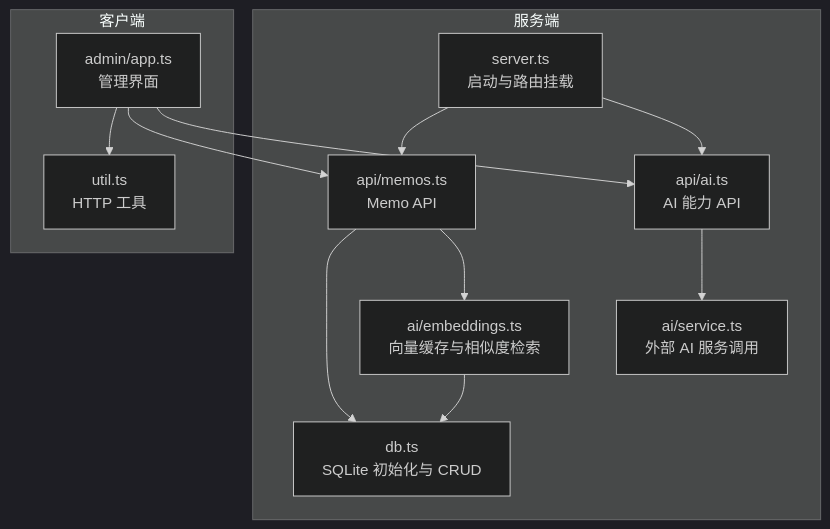
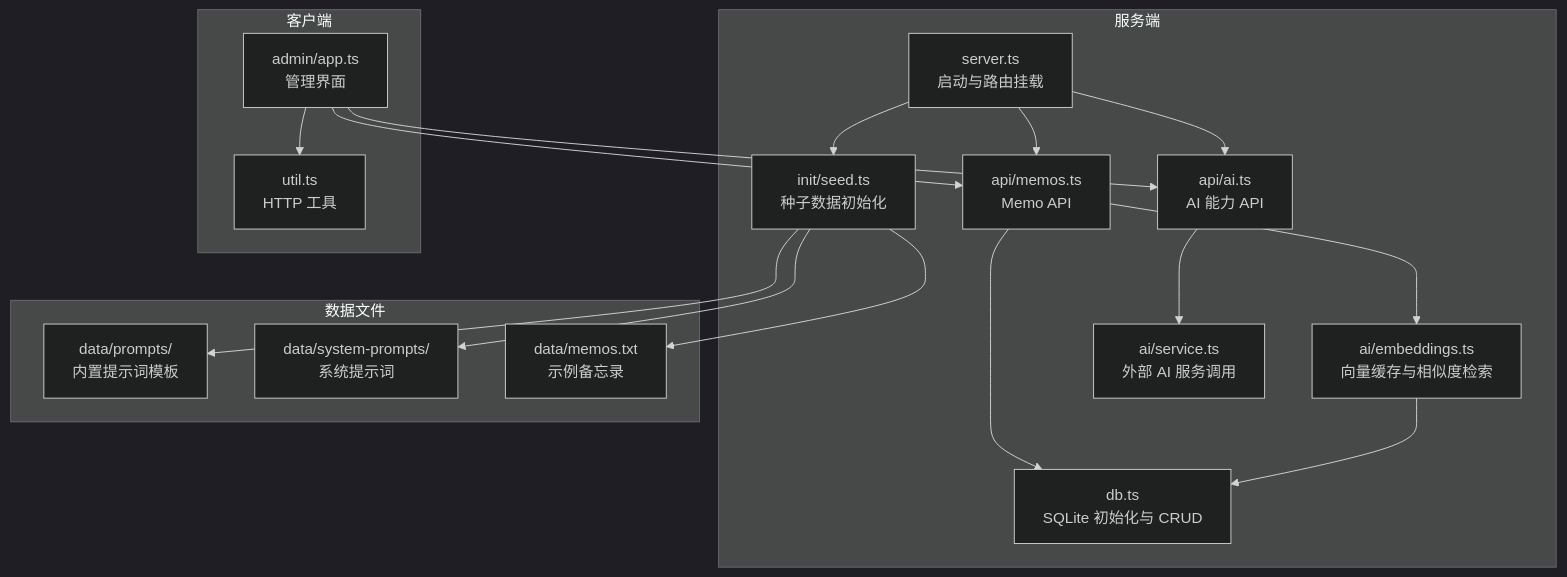
One commit to BlackBoxRecorder/memos changed the first of 6 diagrams in .qoder/repowiki/zh/content/架构设计/数据库设计.md. Above: the diagram before and after it, drawn with Mermaid (dark theme). The commit also changed other lines of this file and 7 other files, not shown here.

````diff
--- a/.qoder/repowiki/zh/content/架构设计/数据库设计.md
+++ b/.qoder/repowiki/zh/content/架构设计/数据库设计.md
@@ -40,24 +46,34 @@
 ```mermaid
 graph TB
 subgraph "服务端"
 S["server.ts<br/>启动与路由挂载"]
 A1["api/memos.ts<br/>Memo API"]
 A2["api/ai.ts<br/>AI 能力 API"]
 D["db.ts<br/>SQLite 初始化与 CRUD"]
 E["ai/embeddings.ts<br/>向量缓存与相似度检索"]
 SVC["ai/service.ts<br/>外部 AI 服务调用"]
+SEED["init/seed.ts<br/>种子数据初始化"]
 end
 subgraph "客户端"
 UI["admin/app.ts<br/>管理界面"]
 U["util.ts<br/>HTTP 工具"]
 end
+subgraph "数据文件"
+PROMPTS["data/prompts/<br/>内置提示词模板"]
+SYSTEM["data/system-prompts/<br/>系统提示词"]
+MEMOS["data/memos.txt<br/>示例备忘录"]
+end
 S --> A1
 S --> A2
+S --> SEED
 A1 --> D
 A2 --> SVC
 A1 --> E
 E --> D
+SEED --> PROMPTS
+SEED --> SYSTEM
+SEED --> MEMOS
 UI --> U
 UI --> A1
 UI --> A2
 ```
````
